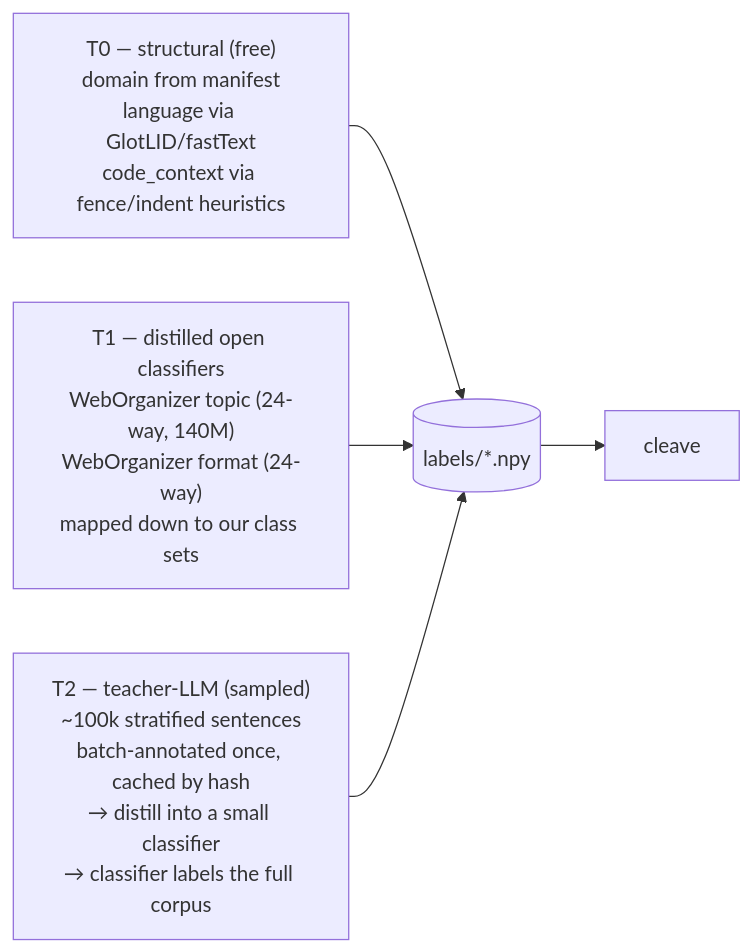
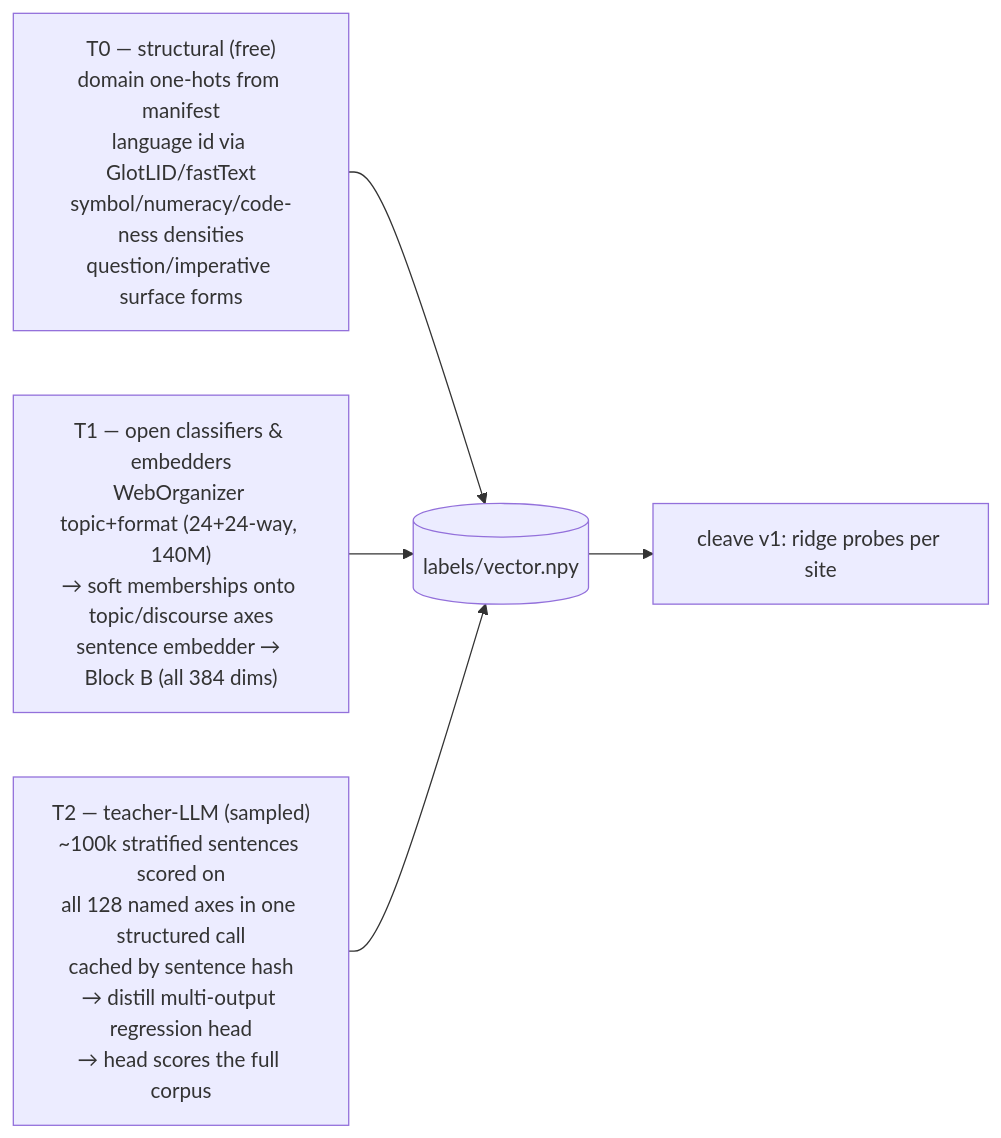
The diagram in projects/therobotgguf/extraction-v1.md (the-robot-lives/claude-assist), drawn with Mermaid before and after one commit. The commit also changed other lines of this file and 24 other files, not shown here.

````diff
--- a/projects/therobotgguf/extraction-v1.md
+++ b/projects/therobotgguf/extraction-v1.md
@@ -127,7 +214,7 @@
 ```mermaid
 flowchart LR
-    T0["T0 — structural (free)\ndomain from manifest\nlanguage via GlotLID/fastText\ncode_context via fence/indent heuristics"] --> ST[(labels/*.npy)]
-    T1["T1 — distilled open classifiers\nWebOrganizer topic (24-way, 140M)\nWebOrganizer format (24-way)\nmapped down to our class sets"] --> ST
-    T2["T2 — teacher-LLM (sampled)\n~100k stratified sentences\nbatch-annotated once, cached by hash\n→ distill into a small classifier\n→ classifier labels the full corpus"] --> ST
-    ST --> R2[cleave]
+    T0["T0 — structural (free)\ndomain one-hots from manifest\nlanguage id via GlotLID/fastText\nsymbol/numeracy/code-ness densities\nquestion/imperative surface forms"] --> V[(labels/vector.npy)]
+    T1["T1 — open classifiers & embedders\nWebOrganizer topic+format (24+24-way, 140M)\n→ soft memberships onto topic/discourse axes\nsentence embedder → Block B (all 384 dims)"] --> V
+    T2["T2 — teacher-LLM (sampled)\n~100k stratified sentences scored on\nall 128 named axes in one structured call\ncached by sentence hash\n→ distill multi-output regression head\n→ head scores the full corpus"] --> V
+    V --> R2[cleave v1: ridge probes per site]
 ```
````
